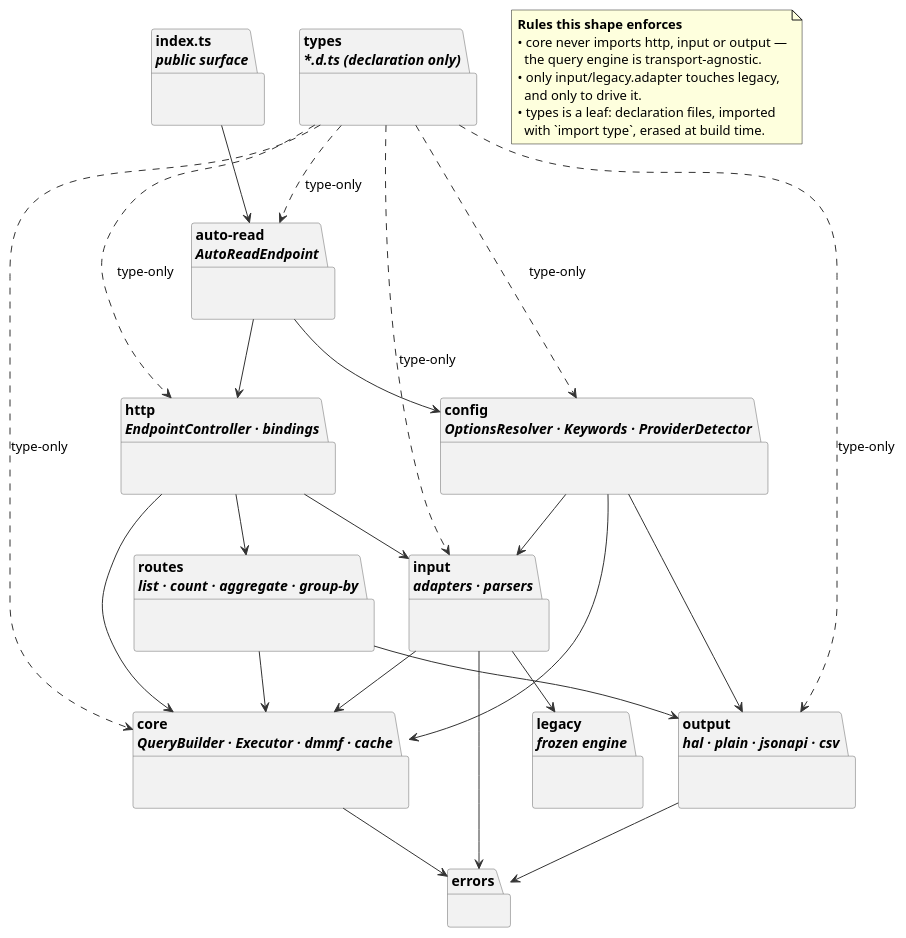
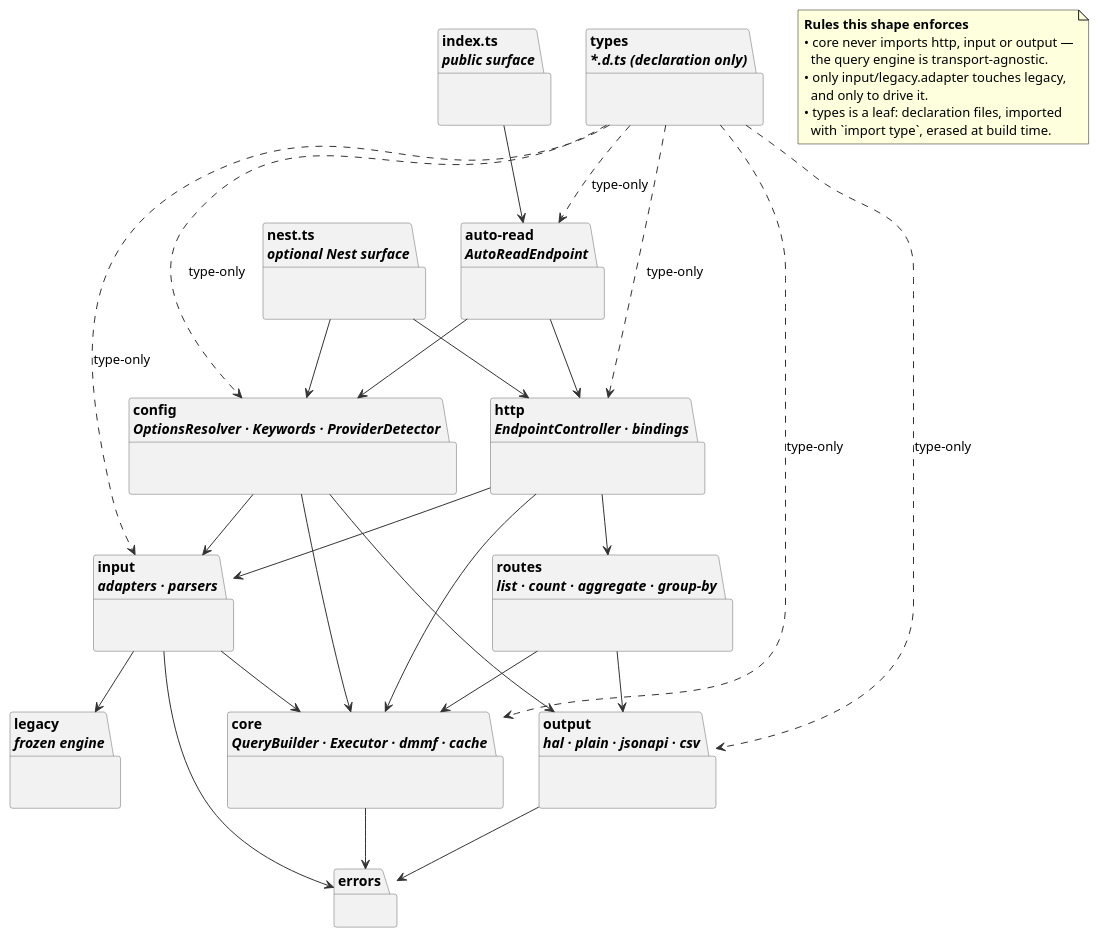
The diagram in docs/diagrams/puml/components.puml (didactika/prisma-autoread), drawn with PlantUML before and after one commit. The commit also changed 10 other files, not shown here.

```diff
--- a/docs/diagrams/puml/components.puml
+++ b/docs/diagrams/puml/components.puml
@@ -1,56 +1,59 @@
 @startuml components
 ' Package structure and the dependency rules it enforces.
 skinparam shadowing false
 skinparam backgroundColor white
 skinparam package {
   BackgroundColor #F2F2F2
   BorderColor #666666
 }
 skinparam ArrowColor #333333
 
 package "index.ts\n<i>public surface</i>" as idx {}
+package "nest.ts\n<i>optional Nest surface</i>" as nestidx {}
 package "auto-read\n<i>AutoReadEndpoint</i>" as autoread {}
 package "config\n<i>OptionsResolver · Keywords · ProviderDetector</i>" as config {}
 package "http\n<i>EndpointController · bindings</i>" as http {}
 package "input\n<i>adapters · parsers</i>" as input {}
 package "core\n<i>QueryBuilder · Executor · dmmf · cache</i>" as core {}
 package "routes\n<i>list · count · aggregate · group-by</i>" as routes {}
 package "output\n<i>hal · plain · jsonapi · csv</i>" as output {}
 package "errors" as errors {}
 package "legacy\n<i>frozen engine</i>" as legacy {}
 package "types\n<i>*.d.ts (declaration only)</i>" as types {}
 
 idx      --> autoread
+nestidx  --> config
+nestidx  --> http
 autoread --> config
 autoread --> http
 http     --> input
 http     --> routes
 http     --> core
 input    --> core
 input    --> legacy
 routes   --> core
 routes   --> output
 config   --> input
 config   --> output
 config   --> core
 core     --> errors
 input    --> errors
 output   --> errors
 
 types ..> autoread : type-only
 types ..> http     : type-only
 types ..> input    : type-only
 types ..> core     : type-only
 types ..> output   : type-only
 types ..> config   : type-only
 
 note as rules
   **Rules this shape enforces**
   • core never imports http, input or output —
     the query engine is transport-agnostic.
   • only input/legacy.adapter touches legacy,
     and only to drive it.
   • types is a leaf: declaration files, imported
     with `import type`, erased at build time.
 end note
 @enduml
```
